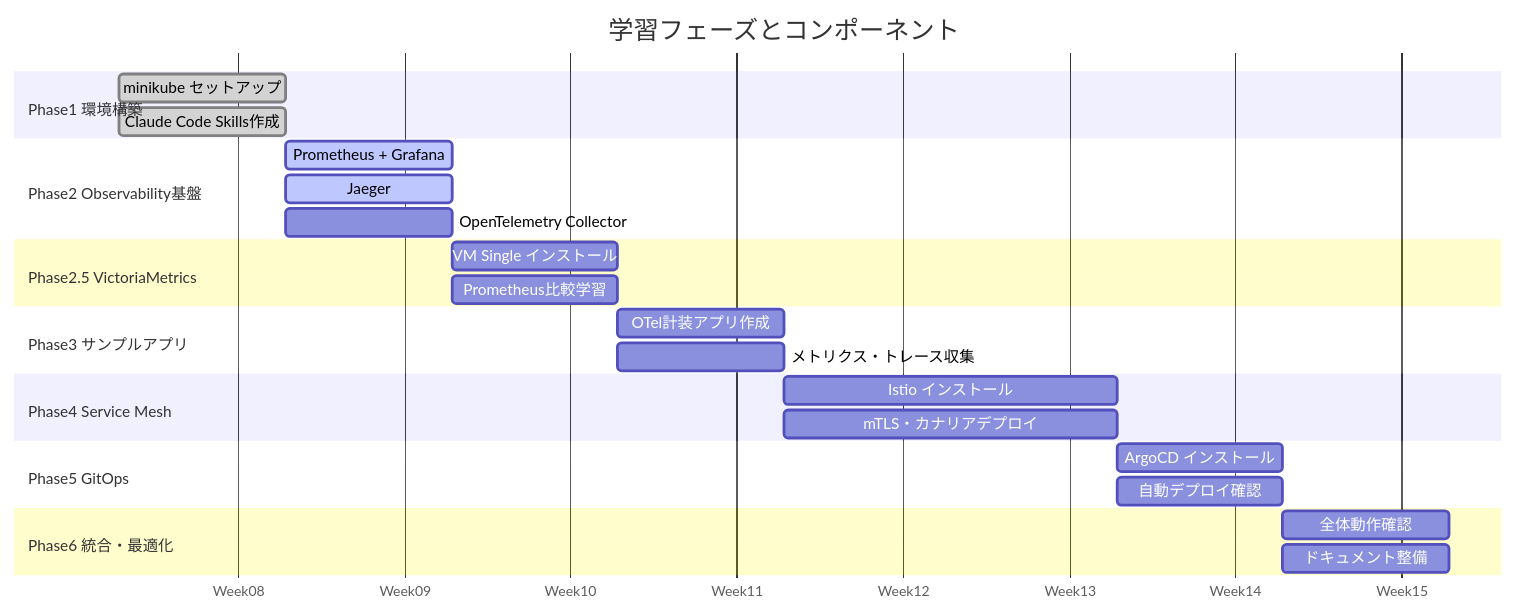
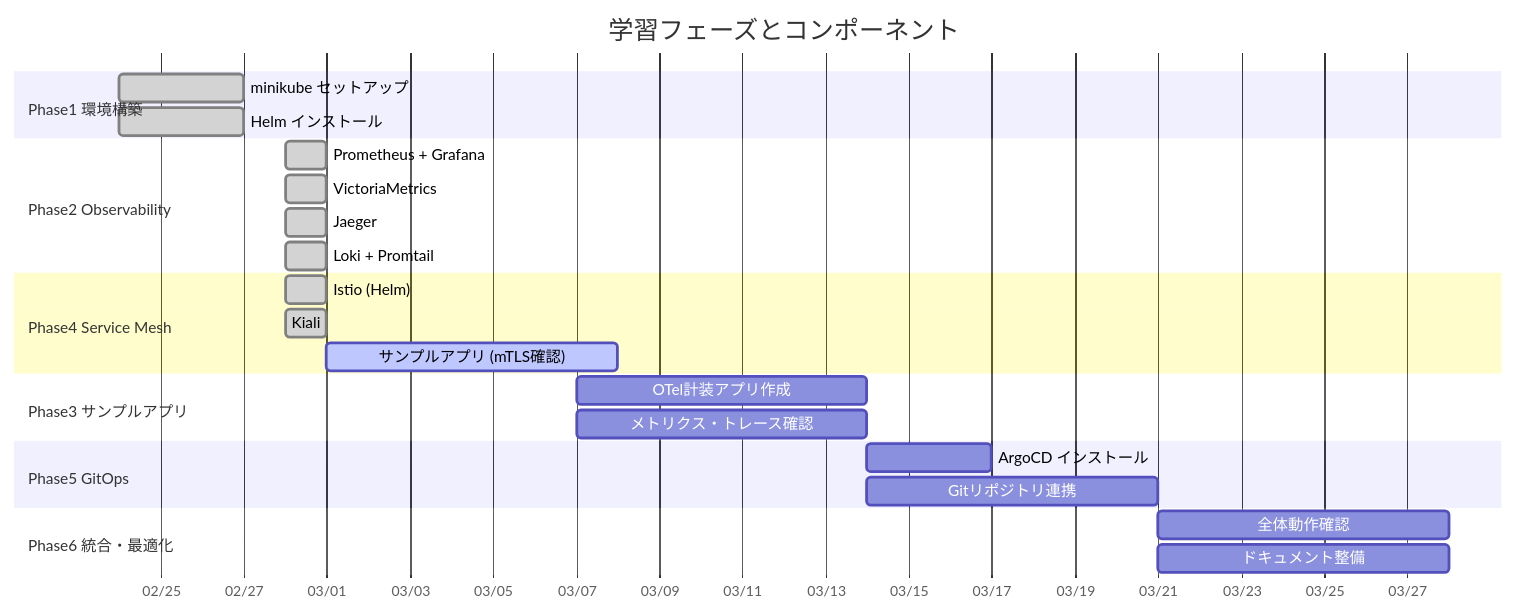
One commit to T-REX1970/k8s-training changed the fourth of 4 diagrams in docs/architecture.md. Above: the diagram before and after it, drawn with Mermaid. The commit also changed other lines of this file and 8 other files, not shown here.

First line of the commit message:
add Istio/Kiali helm values, install script, and chat UI sidebar

````diff
--- a/docs/architecture.md
+++ b/docs/architecture.md
@@ -206,35 +231,33 @@
 ```mermaid
 gantt
     title 学習フェーズとコンポーネント
     dateFormat  YYYY-MM-DD
-    axisFormat  Week%W
+    axisFormat  %m/%d
 
     section Phase1 環境構築
-    minikube セットアップ      :done, 2026-02-24, 7d
-    Claude Code Skills作成     :done, 2026-02-24, 7d
+    minikube セットアップ       :done,    p1a, 2026-02-24, 3d
+    Helm インストール            :done,    p1b, 2026-02-24, 3d
 
-    section Phase2 Observability基盤
-    Prometheus + Grafana       :active, 2026-03-03, 7d
-    Jaeger                     :active, 2026-03-03, 7d
-    OpenTelemetry Collector    :2026-03-03, 7d
+    section Phase2 Observability
+    Prometheus + Grafana        :done,    p2a, 2026-02-28, 1d
+    VictoriaMetrics             :done,    p2b, 2026-02-28, 1d
+    Jaeger                      :done,    p2c, 2026-02-28, 1d
+    Loki + Promtail             :done,    p2d, 2026-02-28, 1d
 
-    section Phase2.5 VictoriaMetrics
-    VM Single インストール     :2026-03-10, 7d
-    Prometheus比較学習         :2026-03-10, 7d
+    section Phase4 Service Mesh
+    Istio (Helm)                :done,    p4a, 2026-02-28, 1d
+    Kiali                       :done,    p4b, 2026-02-28, 1d
+    サンプルアプリ (mTLS確認)  :active,  p4c, 2026-03-01, 7d
 
     section Phase3 サンプルアプリ
-    OTel計装アプリ作成         :2026-03-17, 7d
-    メトリクス・トレース収集   :2026-03-17, 7d
-
-    section Phase4 Service Mesh
-    Istio インストール         :2026-03-24, 14d
-    mTLS・カナリアデプロイ     :2026-03-24, 14d
+    OTel計装アプリ作成          :         p3a, 2026-03-07, 7d
+    メトリクス・トレース確認    :         p3b, 2026-03-07, 7d
 
     section Phase5 GitOps
-    ArgoCD インストール        :2026-04-07, 7d
-    自動デプロイ確認           :2026-04-07, 7d
+    ArgoCD インストール         :         p5a, 2026-03-14, 3d
+    Gitリポジトリ連携           :         p5b, 2026-03-14, 7d
 
     section Phase6 統合・最適化
-    全体動作確認               :2026-04-14, 7d
-    ドキュメント整備           :2026-04-14, 7d
+    全体動作確認                :         p6a, 2026-03-21, 7d
+    ドキュメント整備            :         p6b, 2026-03-21, 7d
 ```
````
